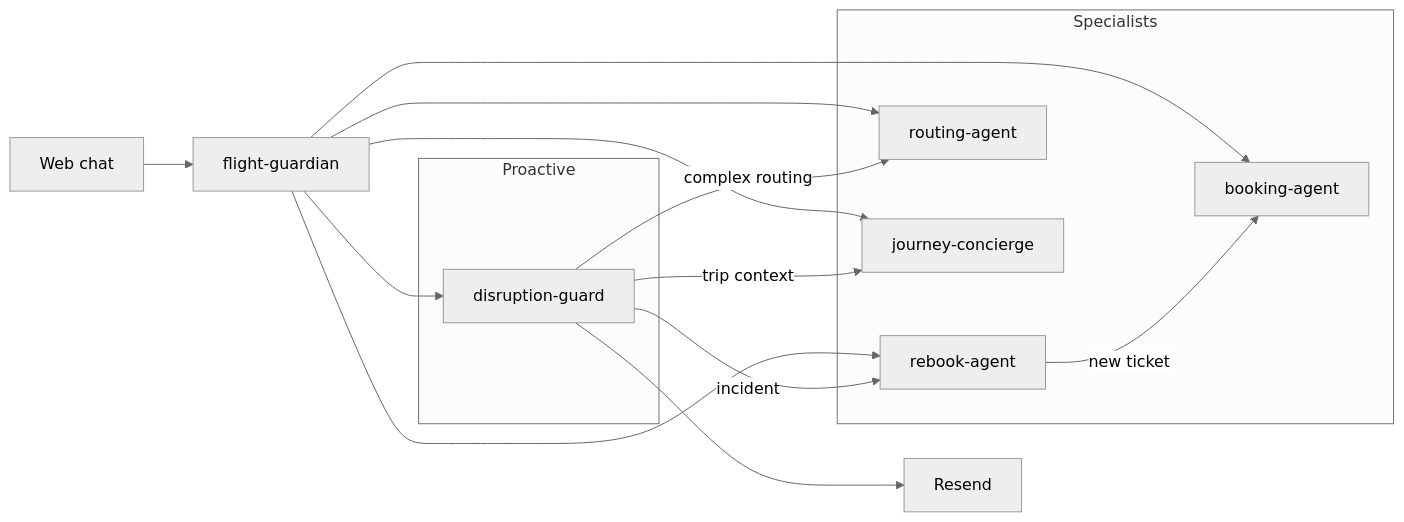
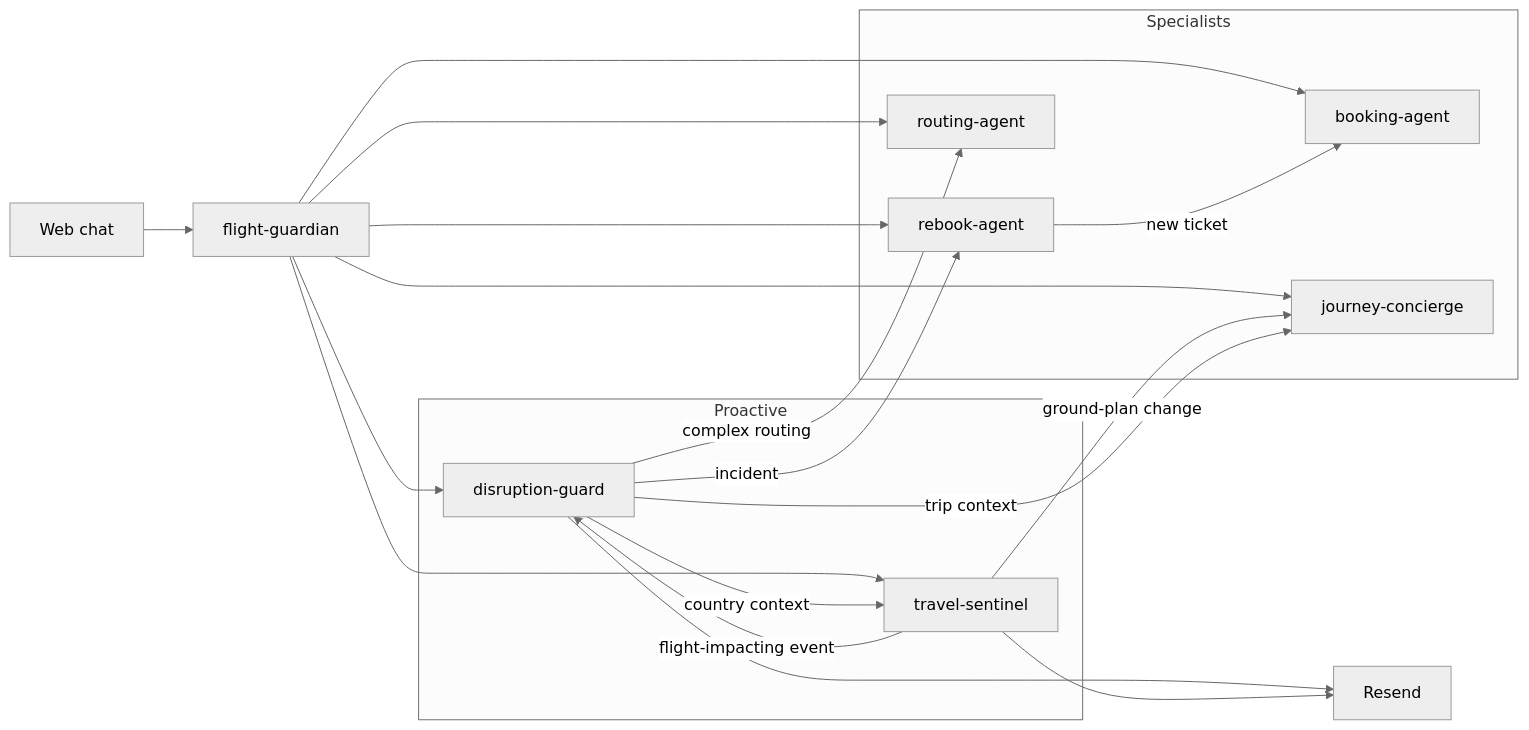
Before and after one commit to dzulhelmynazri/amirahdzulhelmy: the diagram in .plan/agent.md, drawn with Mermaid (neutral theme). The commit also changed other lines of this file and 39 other files, not shown here.

First line of the commit message:
feat(travel-sentinel): add destination intelligence agent with Firecrawl integration

````diff
--- a/.plan/agent.md
+++ b/.plan/agent.md
@@ -108,31 +125,37 @@
 ```mermaid
 flowchart LR
   WEB[Web chat]
   FG[flight-guardian]
 
   subgraph proactive [Proactive]
     DG[disruption-guard]
+    TS[travel-sentinel]
   end
 
   subgraph specialists [Specialists]
     RB[rebook-agent]
     RT[routing-agent]
     BK[booking-agent]
     JC[journey-concierge]
   end
 
   EMAIL[Resend]
 
   WEB --> FG
   FG --> RT
   FG --> BK
   FG --> DG
   FG --> RB
   FG --> JC
+  FG --> TS
 
   DG -->|incident| RB
   DG -->|complex routing| RT
+  DG -->|country context| TS
+  TS -->|flight-impacting event| DG
+  TS -->|ground-plan change| JC
   RB -->|new ticket| BK
   DG -->|trip context| JC
   DG --> EMAIL
+  TS --> EMAIL
 ```
````
